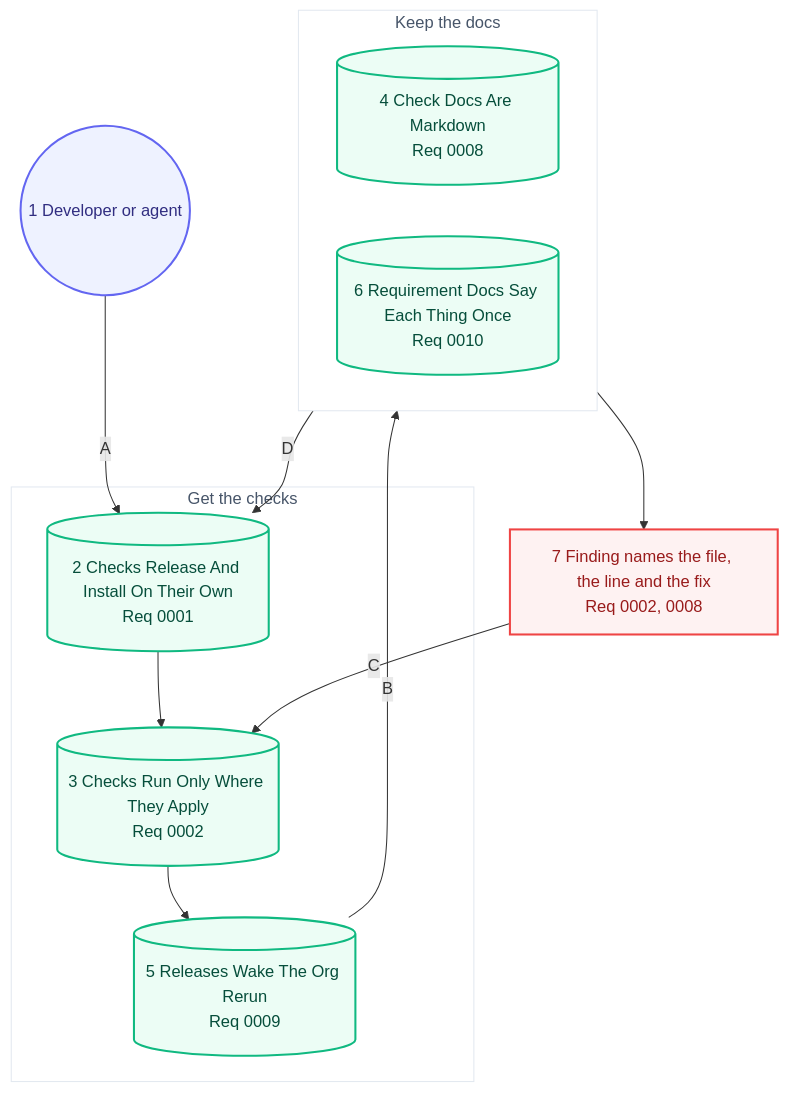
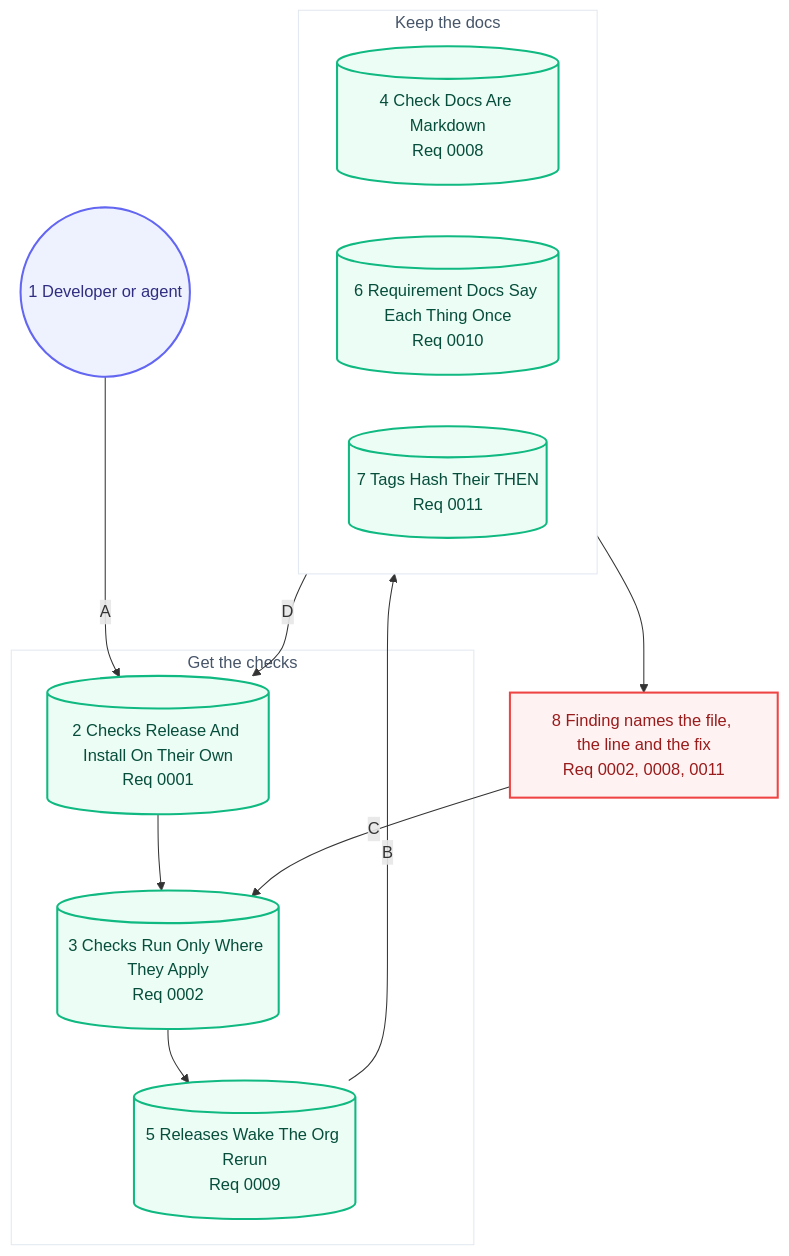
Before and after one commit to may-journal/fitness-checks: the second of 2 diagrams in docs/architecture/05-user-journey.md, drawn with Mermaid. The commit also changed other lines of this file and 12 other files, not shown here.

````diff
--- a/docs/architecture/05-user-journey.md
+++ b/docs/architecture/05-user-journey.md
@@ -38,38 +38,39 @@
 ```mermaid
 flowchart TB
     dev((1 Developer or agent)):::persona
 
     subgraph get["Get the checks"]
         %% journey-nodes:start 0001 0002 0009
         req0001[(2 Checks Release And Install On Their Own<br/>Req 0001)]:::system
         req0002[(3 Checks Run Only Where They Apply<br/>Req 0002)]:::system
         req0009[(5 Releases Wake The Org Rerun<br/>Req 0009)]:::system
         %% journey-nodes:end
     end
 
     subgraph judge["Keep the docs"]
-        %% journey-nodes:start 0008 0010
+        %% journey-nodes:start 0008 0010 0011
         req0008[(4 Check Docs Are Markdown<br/>Req 0008)]:::system
         req0010[(6 Requirement Docs Say Each Thing Once<br/>Req 0010)]:::system
+        req0011[(7 Tags Hash Their THEN<br/>Req 0011)]:::system
         %% journey-nodes:end
     end
 
-    red[7 Finding names the file, the line and the fix<br/>Req 0002, 0008]:::blocked
+    red[8 Finding names the file, the line and the fix<br/>Req 0002, 0008, 0011]:::blocked
 
     dev -->|A| req0001
     req0001 --> req0002
     req0002 --> req0009
     req0009 -->|B| judge
     judge --> red
     red -->|C| req0002
     judge -->|D| req0001
 
     classDef persona fill:#eef2ff,stroke:#6366f1,color:#312e81,stroke-width:2px
     classDef screen fill:#f8fafc,stroke:#64748b,color:#1e293b,stroke-width:2px
     classDef action fill:#fff7ed,stroke:#f97316,color:#9a3412,stroke-width:2px
     classDef system fill:#ecfdf5,stroke:#10b981,color:#064e3b,stroke-width:2px
     classDef blocked fill:#fef2f2,stroke:#ef4444,color:#991b1b,stroke-width:2px
 
     style get fill:#ffffff,stroke:#e2e8f0,color:#475569,stroke-width:1px
     style judge fill:#ffffff,stroke:#e2e8f0,color:#475569,stroke-width:1px
 ```
````
